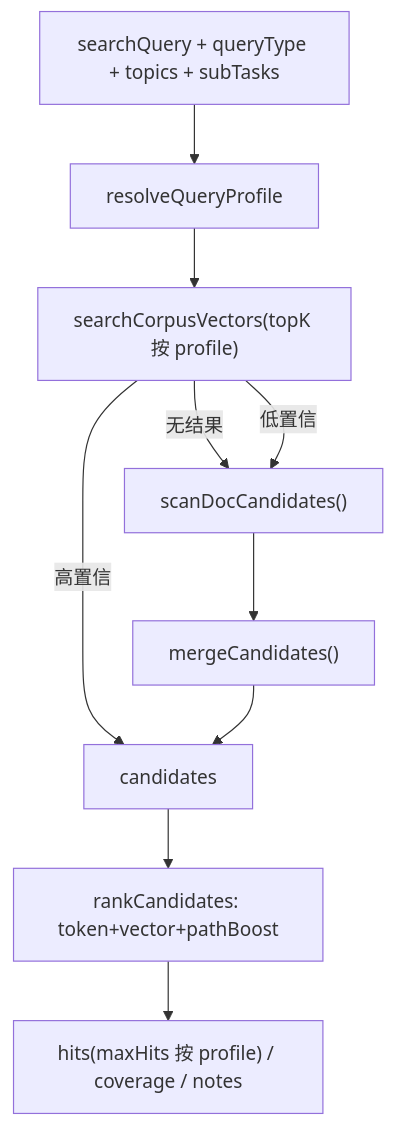
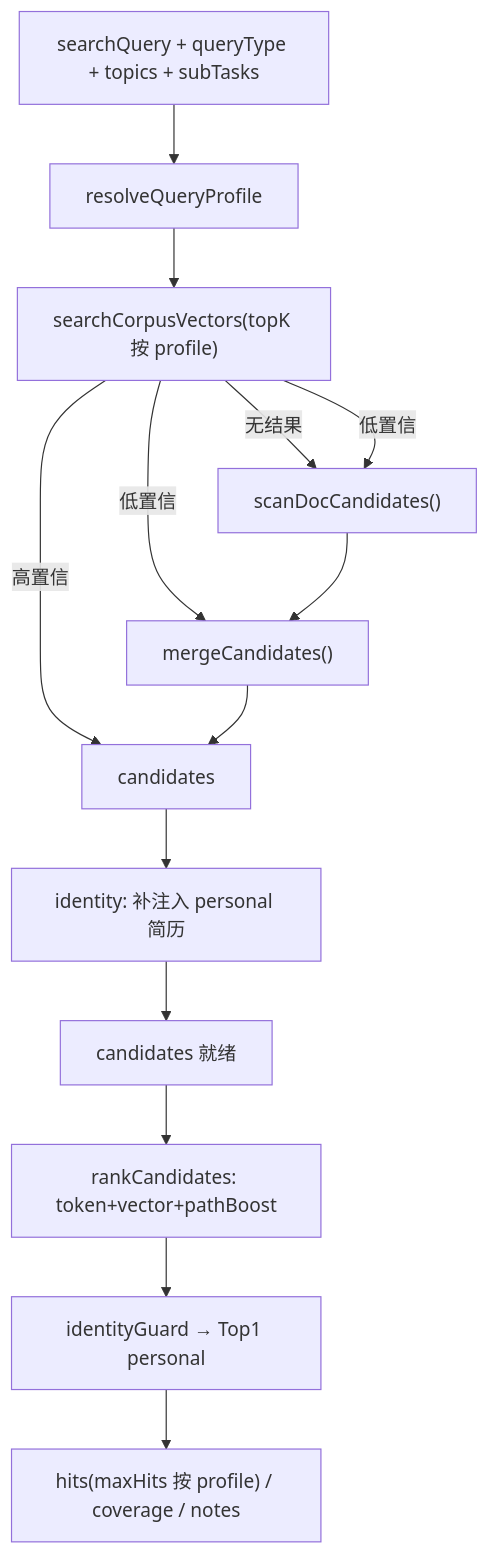
One commit to panzhanfei/fambrain-agents changed the fifth of 11 diagrams in docs/02-agent-flows.md. Above: the diagram before and after it, drawn with Mermaid. The commit also changed other lines of this file and 6 other files, not shown here.

First line of the commit message:
feat(km): KM-10/11 表格 excerpt 与 identityGuard

````diff
--- a/docs/02-agent-flows.md
+++ b/docs/02-agent-flows.md
@@ -157,12 +157,16 @@
 ```mermaid
 flowchart TD
   IN["searchQuery + queryType + topics + subTasks"] --> PROFILE["resolveQueryProfile"]
   PROFILE --> VEC["searchCorpusVectors(topK 按 profile)"]
   VEC -->|无结果| SCAN["scanDocCandidates()"]
   VEC -->|低置信| SCAN
-  VEC -->|高置信| CAND[candidates]
-  SCAN --> MERGE["mergeCandidates()"]
-  MERGE --> CAND
+  VEC -->|低置信| MERGE["mergeCandidates()"]
+  SCAN --> MERGE
+  VEC -->|高置信| RAW[candidates]
+  MERGE --> RAW
+  RAW --> IDINJ["identity: 补注入 personal 简历"]
+  IDINJ --> CAND[candidates 就绪]
   CAND --> RULE["rankCandidates: token+vector+pathBoost"]
-  RULE --> OUT["hits(maxHits 按 profile) / coverage / notes"]
+  RULE --> GUARD["identityGuard → Top1 personal"]
+  GUARD --> OUT["hits(maxHits 按 profile) / coverage / notes"]
 ```
````
